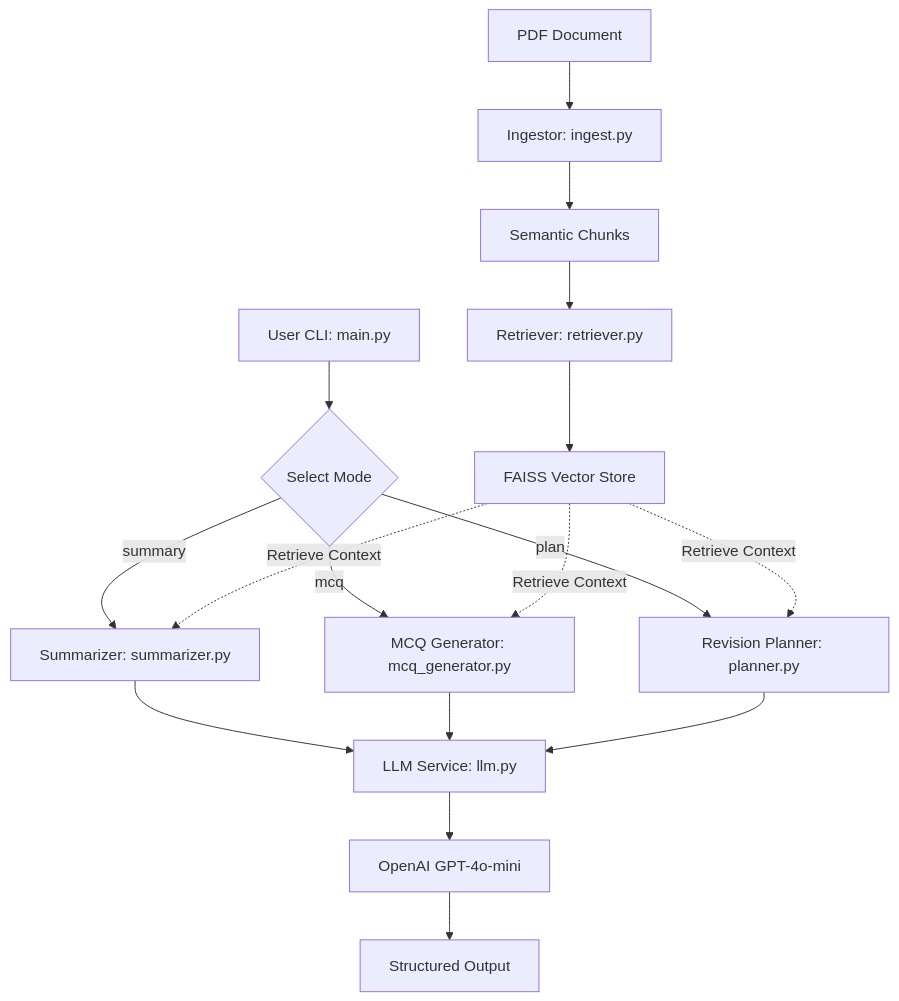
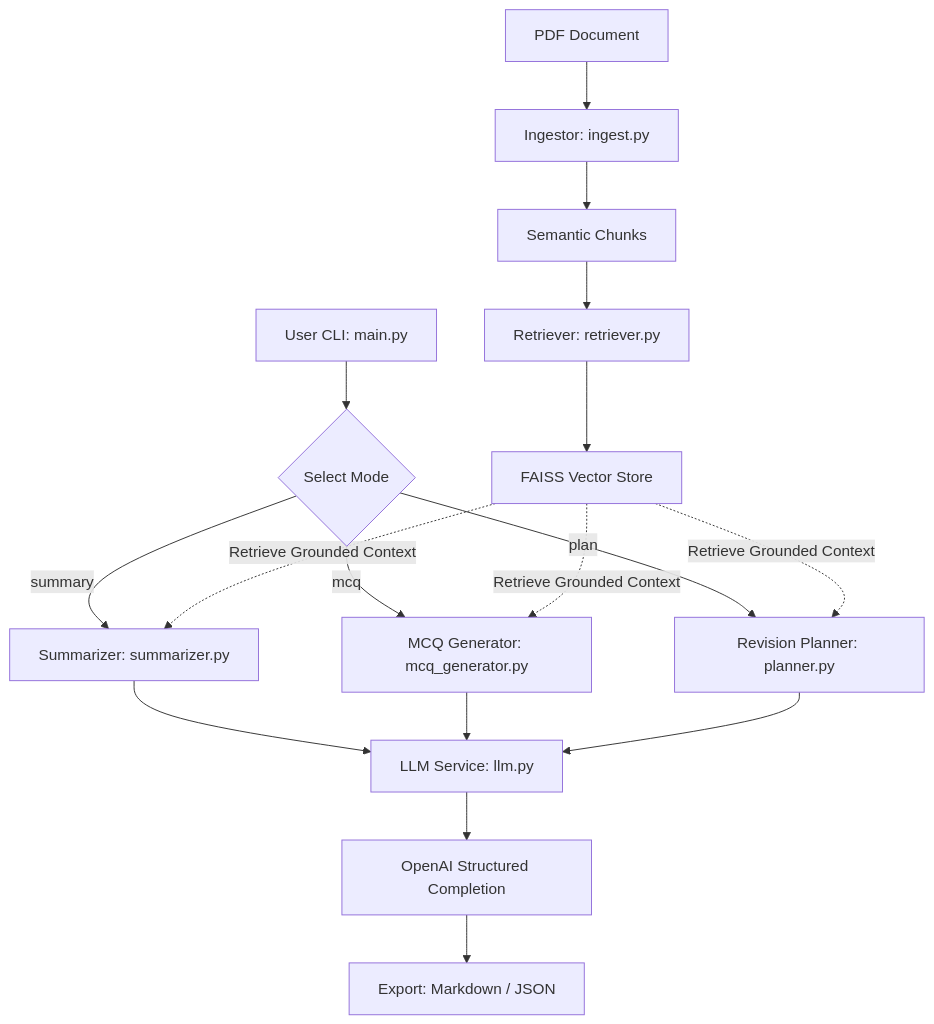
One commit to GeekGoku09/ai-study-companion changed the diagram in README.md. Above: the diagram before and after it, drawn with Mermaid. The commit also changed other lines of this file and 18 other files, not shown here.

````diff
--- a/README.md
+++ b/README.md
@@ -23,17 +19,17 @@
 ```mermaid
 graph TD
     A[PDF Document] --> B[Ingestor: ingest.py]
     B --> C[Semantic Chunks]
     C --> D[Retriever: retriever.py]
     D --> E[FAISS Vector Store]
     
     F[User CLI: main.py] --> G{Select Mode}
     G -->|summary| H[Summarizer: summarizer.py]
     G -->|mcq| I[MCQ Generator: mcq_generator.py]
     G -->|plan| J[Revision Planner: planner.py]
     
     H & I & J --> K[LLM Service: llm.py]
-    K --> L[OpenAI GPT-4o-mini]
-    E -.->|Retrieve Context| H & I & J
-    L --> M[Structured Output]
+    K --> L[OpenAI Structured Completion]
+    E -.->|Retrieve Grounded Context| H & I & J
+    L --> M[Export: Markdown / JSON]
 ```
````
